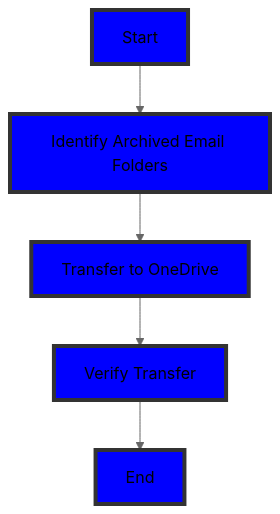
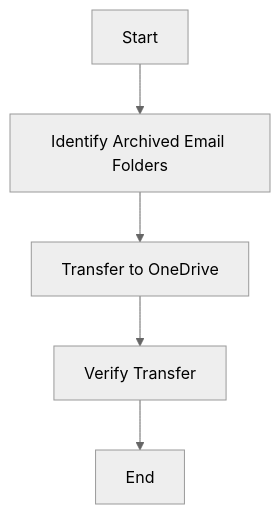
The third of 4 diagrams in README.md (delpropo/email_archive), drawn with Mermaid (neutral theme) before and after one commit. The commit also changed other lines of this file, not shown here.

````diff
--- a/README.md
+++ b/README.md
@@ -50,11 +49,9 @@
 ```mermaid
 flowchart TD
     A[Start] --> B[Identify Archived Email Folders]
     B --> C[Transfer to OneDrive]
     C --> D[Verify Transfer]
     D --> E[End]
 
-    classDef step fill:#00f,stroke:#333,stroke-width:4px;
 
-    class A,B,C,D,E step;
 ```
````
